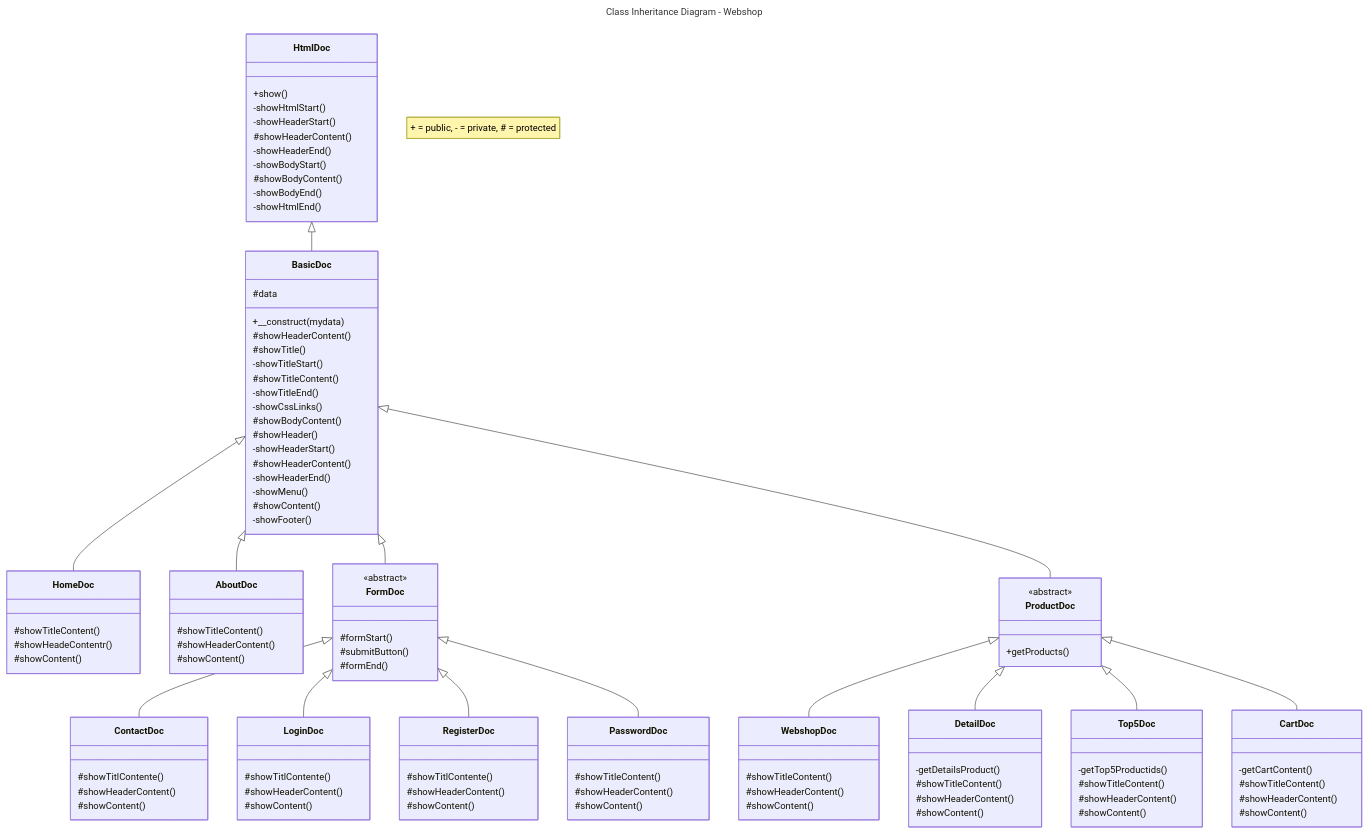
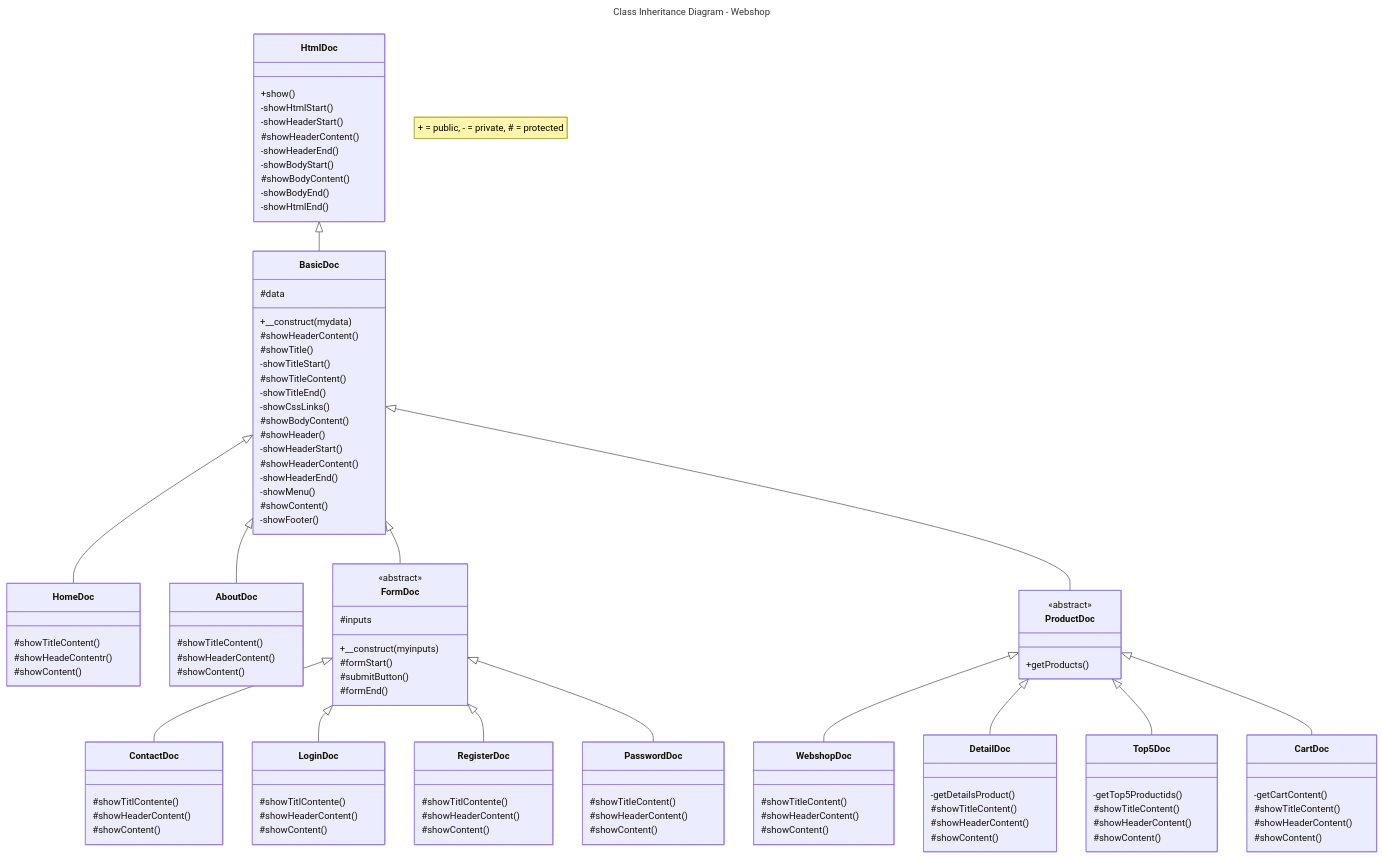
One commit to JeroenHeemskerk/educom-webshop-oop-1708595373 changed the diagram in Diagrams/class-inheritance-diagram-webshop.md. Above: the diagram before and after it, drawn with Mermaid.

```diff
--- a/Diagrams/class-inheritance-diagram-webshop.md
+++ b/Diagrams/class-inheritance-diagram-webshop.md
@@ -63,6 +63,8 @@
     }
     class FormDoc{
         <<abstract>>
+        #inputs 
+        +__construct(myinputs)
         #formStart()
         #submitButton()
         #formEnd()
```
